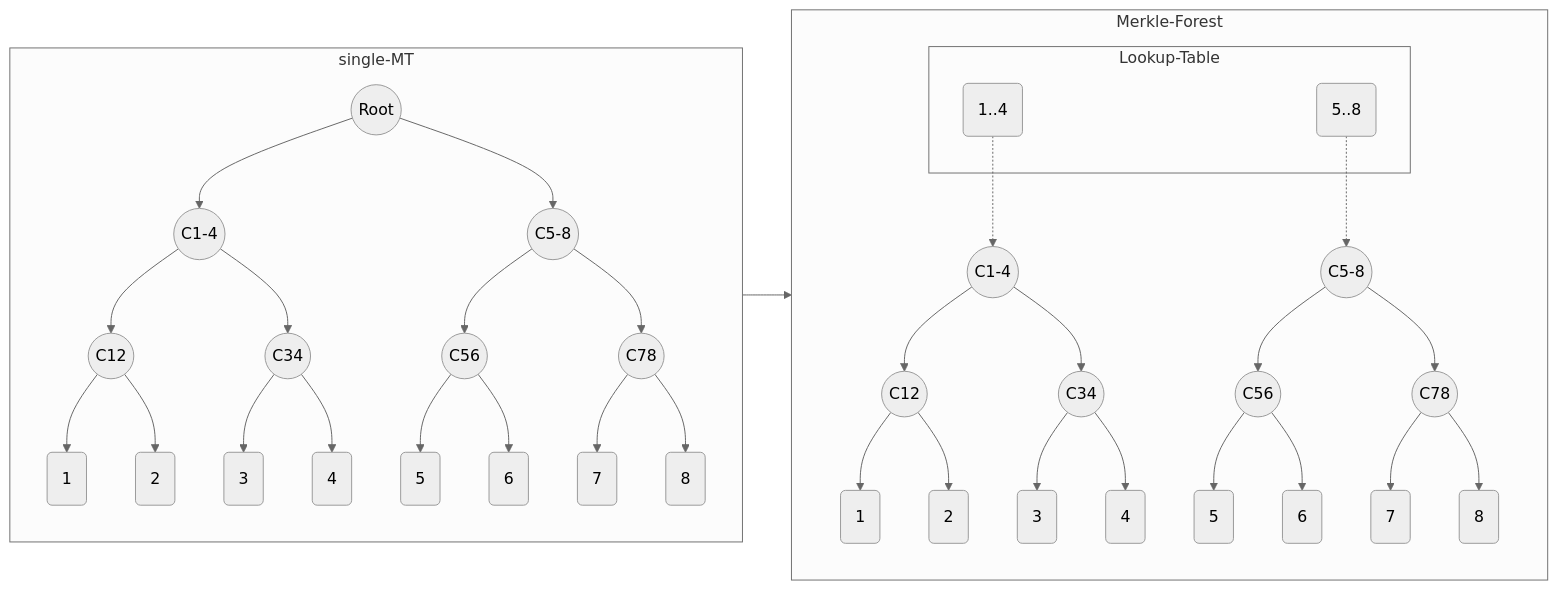
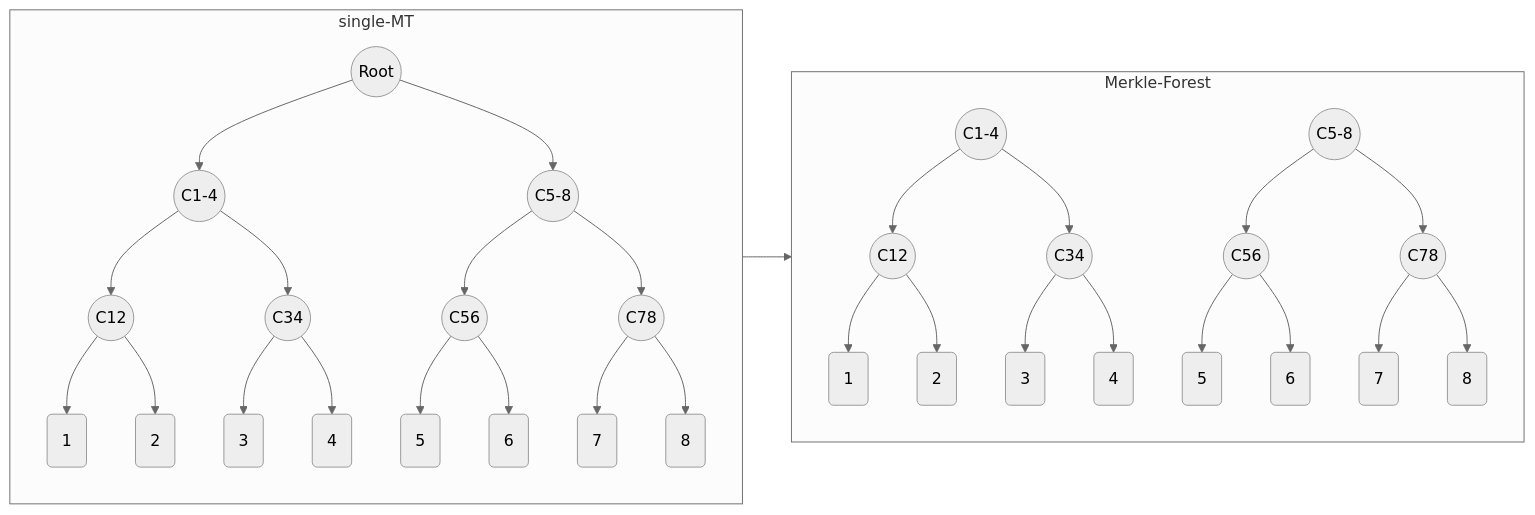
One commit to Poseidon-ZKP/merkle-forest changed the diagram in README.md. Above: the diagram before and after it, drawn with Mermaid (neutral theme).

Commit message:
remove lookup table for debug github issue Unable to render rich display

````diff
--- a/README.md
+++ b/README.md
@@ -29,31 +29,25 @@
 ```mermaid
     graph LR;
         subgraph single-MT
             R((Root))-->C1234 & C5678;
             C1234((C1-4)) --> C12((C12)) & C34((C34));
             C5678((C5-8)) --> C56((C56)) & C78((C78));
             C12-->L1(1) & L2(2)
             C34-->L3(3) & L4(4)
             C56-->L5(5) & L6(6)
             C78-->L7(7) & L8(8)
         end
 
         subgraph Merkle-Forest
-            subgraph Lookup-Table
-                LT1(1..4)
-                LT5(5..8)
-            end
-            LT1 -.-> FC1234;
-            LT5 -.-> FC5678;
             FC1234((C1-4)) --> FC12((C12)) & FC34((C34));
             FC5678((C5-8)) --> FC56((C56)) & FC78((C78));
             FC12-->FL1(1) & FL2(2)
             FC34-->FL3(3) & FL4(4)
             FC56-->FL5(5) & FL6(6)
             FC78-->FL7(7) & FL8(8)
         end
 
         single-MT --> Merkle-Forest
 
 
 ```
````
